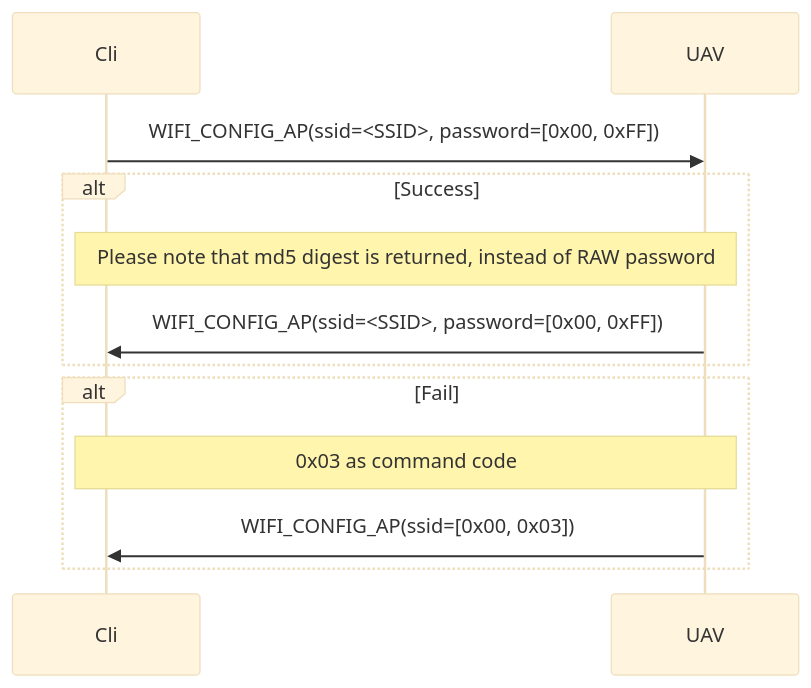
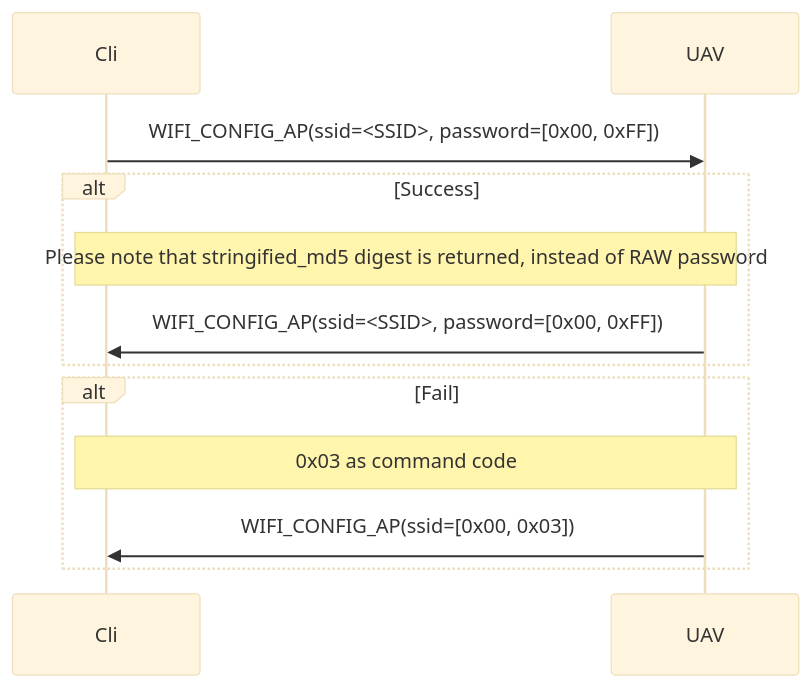
One commit to geoscan/pioneer_sdk changed the third of 6 diagrams in pioneer_sdk/mavsub/README.md. Above: the diagram before and after it, drawn with Mermaid (base theme). The commit also changed other lines of this file, not shown here.

Commit message:
[mavsub:README] Build | `stringified_md5`, description thereof

````diff
--- a/pioneer_sdk/mavsub/README.md
+++ b/pioneer_sdk/mavsub/README.md
@@ -85,16 +98,16 @@
 ```mermaid
 sequenceDiagram
 	participant Cli
 	participant UAV
 	Cli ->> UAV: WIFI_CONFIG_AP(ssid=<SSID>, password=[0x00, 0xFF])
 
 	alt Success
-		note over UAV, Cli: Please note that md5 digest is returned, instead of RAW password
+		note over UAV, Cli: Please note that stringified_md5 digest is returned, instead of RAW password
 		UAV ->> Cli: WIFI_CONFIG_AP(ssid=<SSID>, password=[0x00, 0xFF])
 	end
 
 	alt Fail
 		note over Cli, UAV: 0x03 as command code
 		UAV ->> Cli: WIFI_CONFIG_AP(ssid=[0x00, 0x03])
 	end
 ```
````
